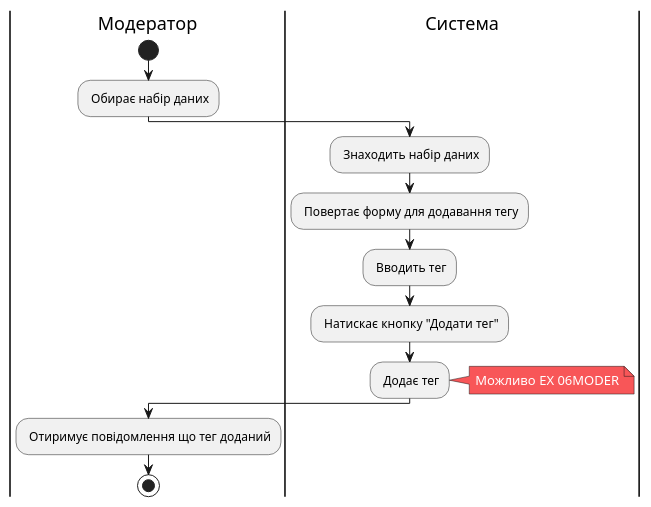
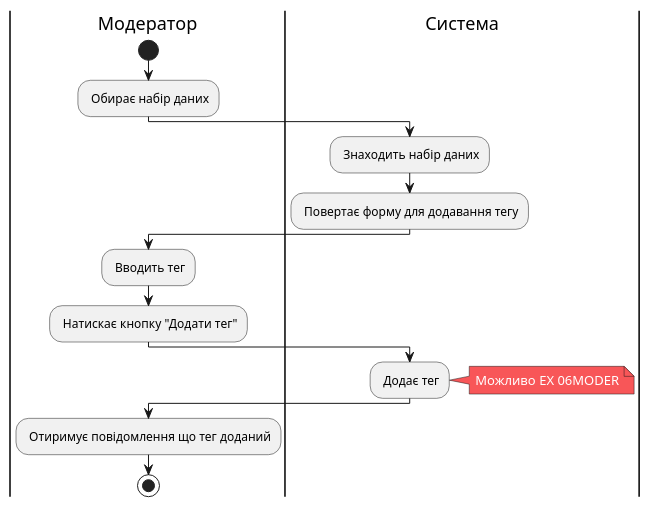
One commit to KarmazinN/db_open_data changed the diagram in src/uml/UC_5.4.puml. Above: the diagram before and after it, drawn with PlantUML.

```diff
--- a/src/uml/UC_5.4.puml
+++ b/src/uml/UC_5.4.puml
@@ -1,38 +1,37 @@
 @startuml
 skinparam ArchimateBackgroundColor #ffffff
 skinparam	shadowing false
 skinparam Note {
 	BackgroundColor #f85658
 	FontColor #ffffff
 }
 
 
 
 |Модератор|
 start
 : Обирає набір даних;
 
 |Система|
 : Знаходить набір даних; 
 : Повертає форму для додавання тегу;
 
+|Модератор|
 : Вводить тег;
-
-
 : Натискає кнопку "Додати тег";
 
 |Система|
 
 : Додає тег;
 note right
 Можливо ЕХ 06MODER
 end note
 
 |Модератор|
 
 : Отиримує повідомлення що тег доданий;
 
 stop;
 
 
 @enduml
```
